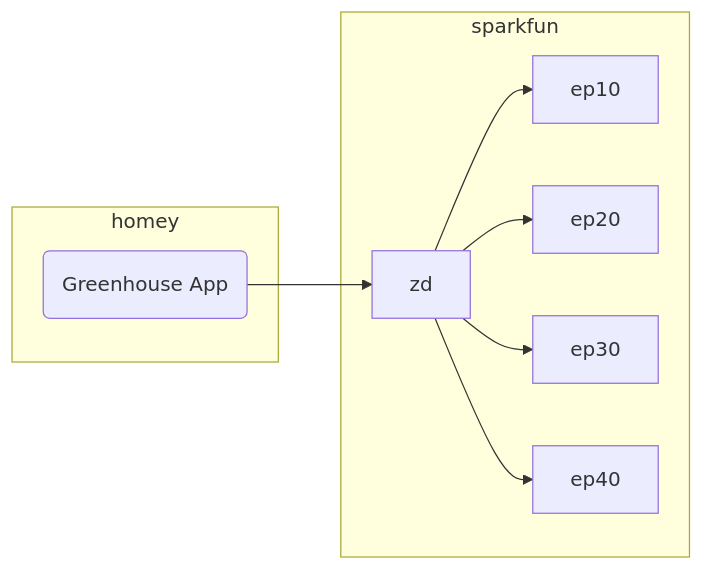
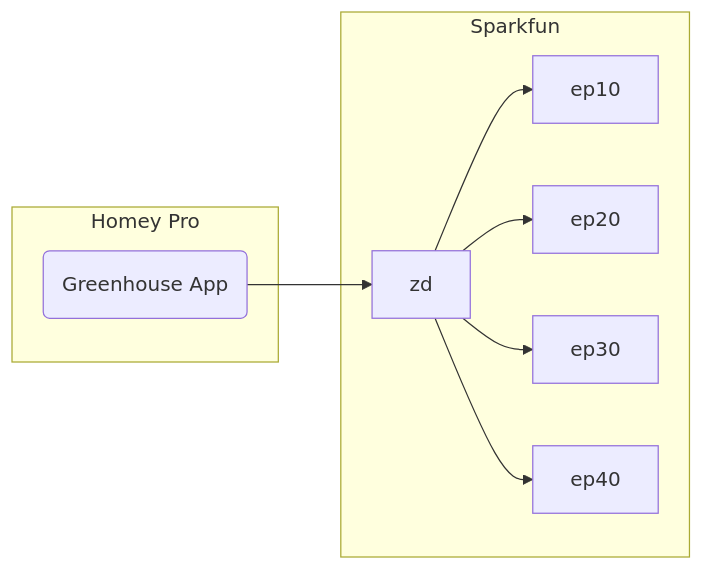
The diagram in doc/README.md (dnulnets/greenhouse), drawn with Mermaid before and after one commit.

Commit message:
Updated zigbee model

````diff
--- a/doc/README.md
+++ b/doc/README.md
@@ -5,14 +5,14 @@
 ```mermaid
 flowchart LR
-    subgraph homey
+    subgraph Homey Pro
     app("Greenhouse App")
     end
-    subgraph sparkfun
+    subgraph Sparkfun
     zd
     zd-->ep10
     zd-->ep20
     zd-->ep30
     zd-->ep40
     end
     app-->zd
 ```
````
